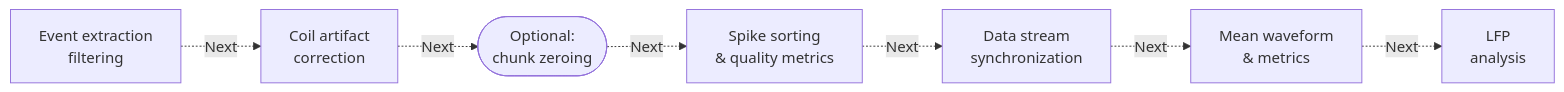
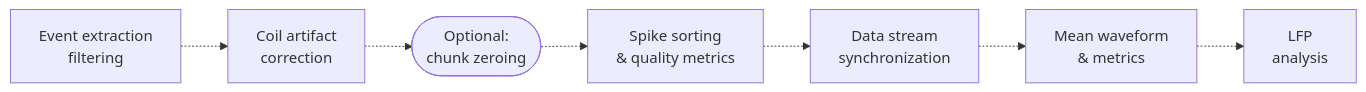
One commit to LSENS-BMI-EPFL/ephys_preprocessing changed the diagram in README.md. Above: the diagram before and after it, drawn with Mermaid. The commit also changed other lines of this file, not shown here.

`````diff
--- a/README.md
+++ b/README.md
@@ -13,10 +13,10 @@
 ```mermaid
 graph LR
-    Step1["Event extraction <br/> filtering"] -.->|Next| Step2["Coil artifact <br/> correction"]
-    Step2 -.->|Next| Step3(["Optional: <br/> chunk zeroing"])
-    Step3 -.->|Next| Step4["Spike sorting <br/> & quality metrics"]
-    Step4 -.->|Next| Step5["Data stream <br/> synchronization"]
-    Step5 -.->|Next| Step6["Mean waveform <br/> & metrics"]
-    Step6 -.->|Next| Step7["LFP <br/> analysis"]
+    Step1["Event extraction <br/> filtering"] -.-> Step2["Coil artifact <br/> correction"]
+    Step2 -.-> Step3(["Optional: <br/> chunk zeroing"])
+    Step3 -.-> Step4["Spike sorting <br/> & quality metrics"]
+    Step4 -.-> Step5["Data stream <br/> synchronization"]
+    Step5 -.-> Step6["Mean waveform <br/> & metrics"]
+    Step6 -.-> Step7["LFP <br/> analysis"]
 
 ````
`````
